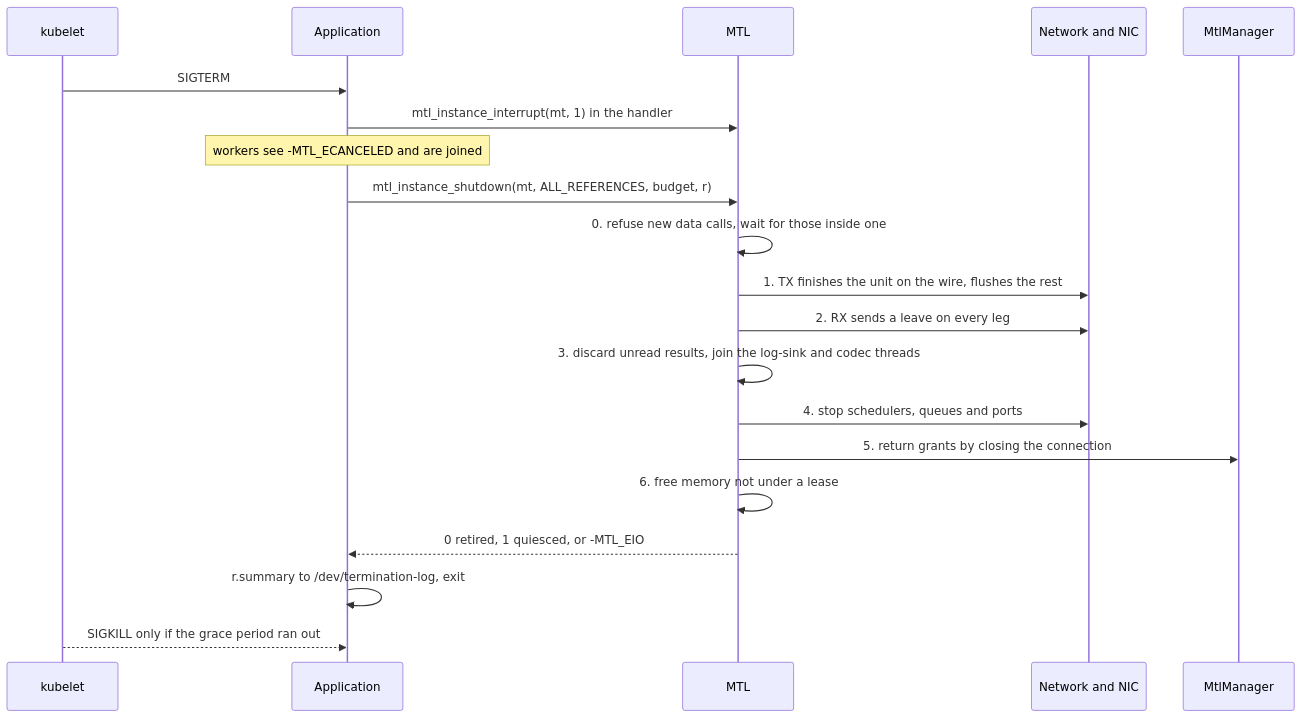
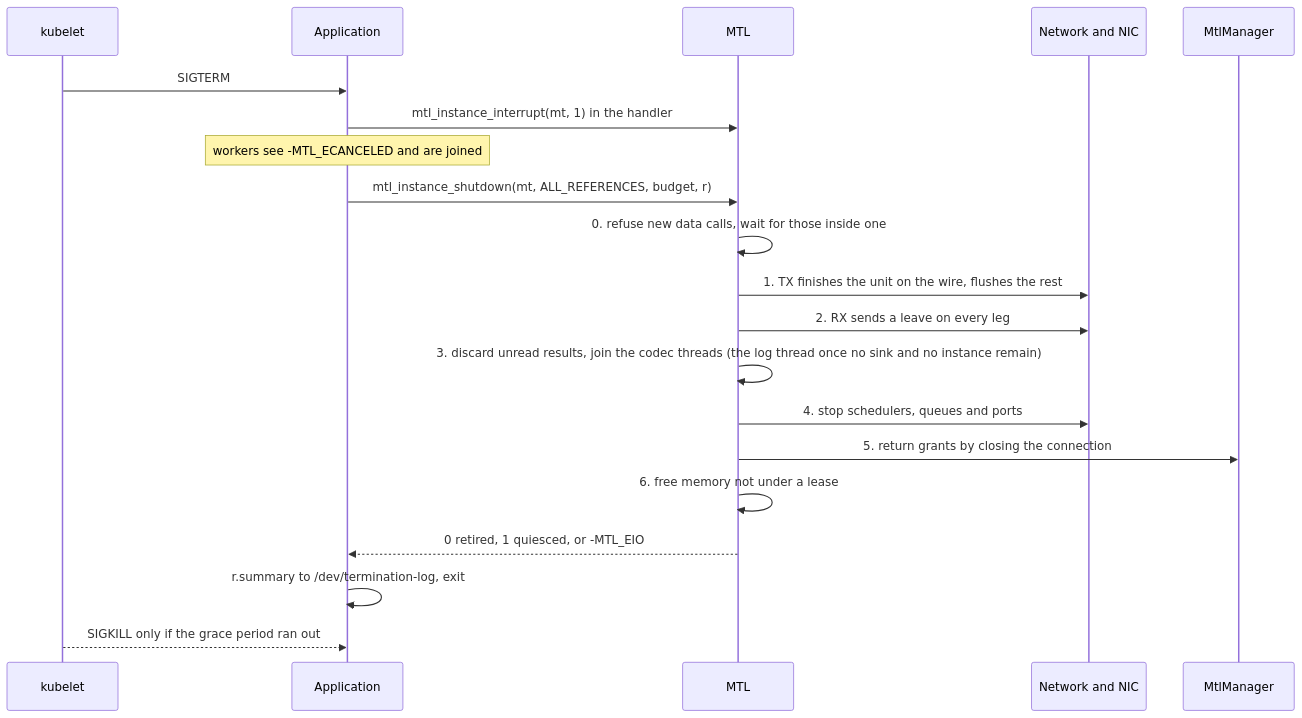
The diagram in doc/unified-api/deployment.md (Sakoram/Media-Transport-Library), drawn with Mermaid before and after one commit. The commit also changed other lines of this file and 53 other files, not shown here.

````diff
--- a/doc/unified-api/deployment.md
+++ b/doc/unified-api/deployment.md
@@ -241,22 +243,22 @@
 ```mermaid
 sequenceDiagram
     participant K as kubelet
     participant A as Application
     participant M as MTL
     participant N as Network and NIC
     participant G as MtlManager
     K->>A: SIGTERM
     A->>M: mtl_instance_interrupt(mt, 1) in the handler
     Note over A: workers see -MTL_ECANCELED and are joined
     A->>M: mtl_instance_shutdown(mt, ALL_REFERENCES, budget, r)
     M->>M: 0. refuse new data calls, wait for those inside one
     M->>N: 1. TX finishes the unit on the wire, flushes the rest
     M->>N: 2. RX sends a leave on every leg
-    M->>M: 3. discard unread results, join the log-sink and codec threads
+    M->>M: 3. discard unread results, join the codec threads (the log thread once no sink and no instance remain)
     M->>N: 4. stop schedulers, queues and ports
     M->>G: 5. return grants by closing the connection
     M->>M: 6. free memory not under a lease
     M-->>A: 0 retired, 1 quiesced, or -MTL_EIO
     A->>A: r.summary to /dev/termination-log, exit
     K-->>A: SIGKILL only if the grace period ran out
 ```
````
